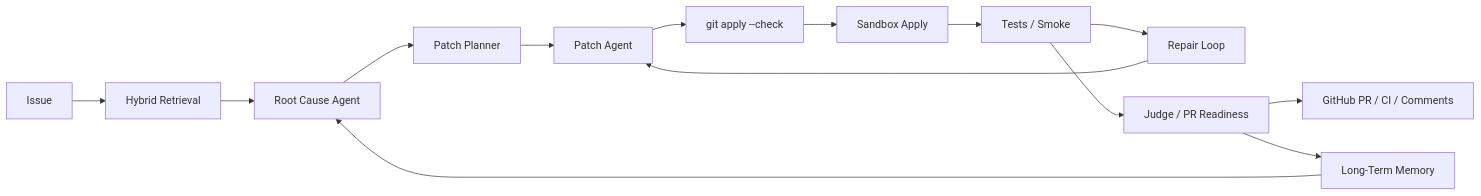
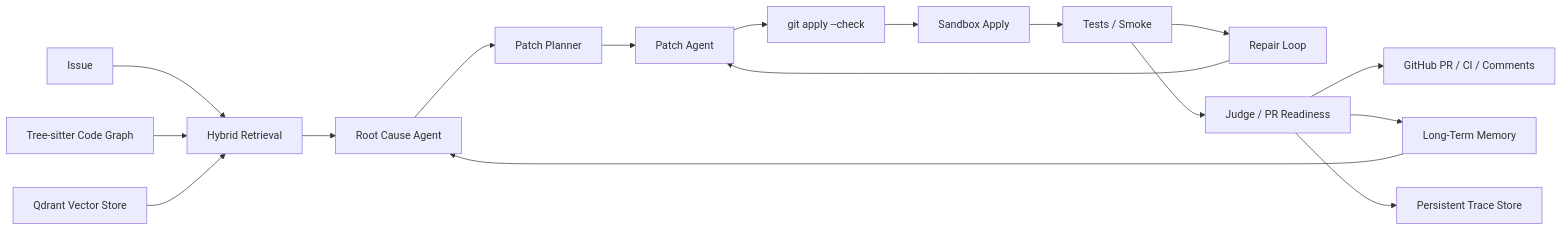
The diagram in README.md (zskyai/RepoPilot), drawn with Mermaid before and after one commit. The commit also changed other lines of this file and 9 other files, not shown here.

Commit message:
Add Tree-sitter Qdrant retrieval and persistent traces

````diff
--- a/README.md
+++ b/README.md
@@ -152,16 +154,19 @@
 ```mermaid
 flowchart LR
     A["Issue"] --> B["Hybrid Retrieval"]
+    M["Tree-sitter Code Graph"] --> B
+    Q["Qdrant Vector Store"] --> B
     B --> C["Root Cause Agent"]
     C --> D["Patch Planner"]
     D --> E["Patch Agent"]
     E --> F["git apply --check"]
     F --> G["Sandbox Apply"]
     G --> H["Tests / Smoke"]
     H --> I["Repair Loop"]
     I --> E
     H --> J["Judge / PR Readiness"]
     J --> K["GitHub PR / CI / Comments"]
     J --> L["Long-Term Memory"]
     L --> C
+    J --> T["Persistent Trace Store"]
 ```
````
